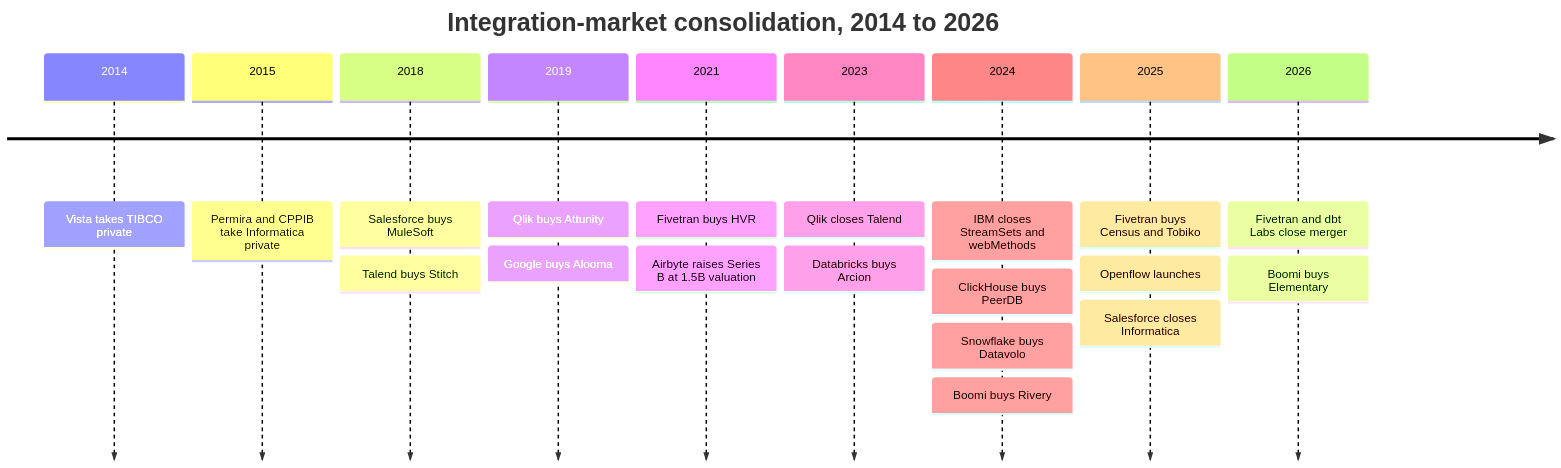
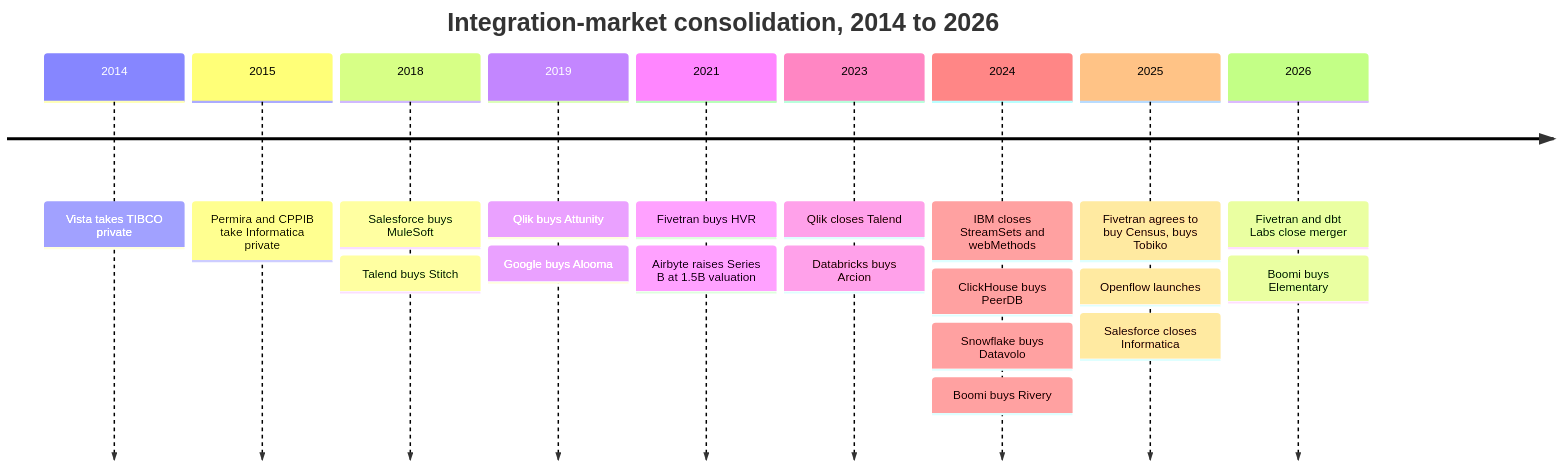
Before and after one commit to FrankHuang94/data_tech_db_claude: the fourth of 4 diagrams in docs/02-pipelines-and-governance/ch10-ingestion-and-integration.md, drawn with Mermaid. The commit also changed other lines of this file and 53 other files, not shown here.

````diff
--- a/docs/02-pipelines-and-governance/ch10-ingestion-and-integration.md
+++ b/docs/02-pipelines-and-governance/ch10-ingestion-and-integration.md
@@ -198,13 +198,13 @@
 ```mermaid
 timeline
   title Integration-market consolidation, 2014 to 2026
   2014 : Vista takes TIBCO private
   2015 : Permira and CPPIB take Informatica private
   2018 : Salesforce buys MuleSoft : Talend buys Stitch
   2019 : Qlik buys Attunity : Google buys Alooma
   2021 : Fivetran buys HVR : Airbyte raises Series B at 1.5B valuation
   2023 : Qlik closes Talend : Databricks buys Arcion
   2024 : IBM closes StreamSets and webMethods : ClickHouse buys PeerDB : Snowflake buys Datavolo : Boomi buys Rivery
-  2025 : Fivetran buys Census and Tobiko : Openflow launches : Salesforce closes Informatica
+  2025 : Fivetran agrees to buy Census, buys Tobiko : Openflow launches : Salesforce closes Informatica
   2026 : Fivetran and dbt Labs close merger : Boomi buys Elementary
 ```
````
